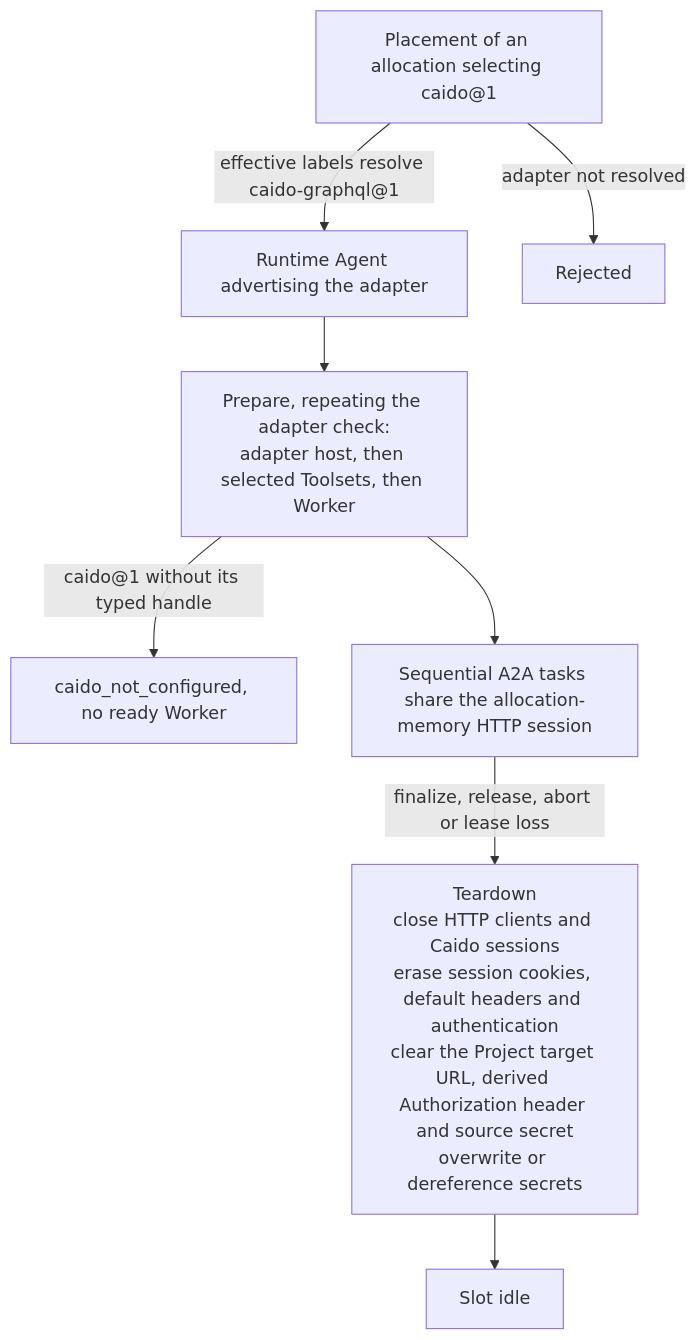
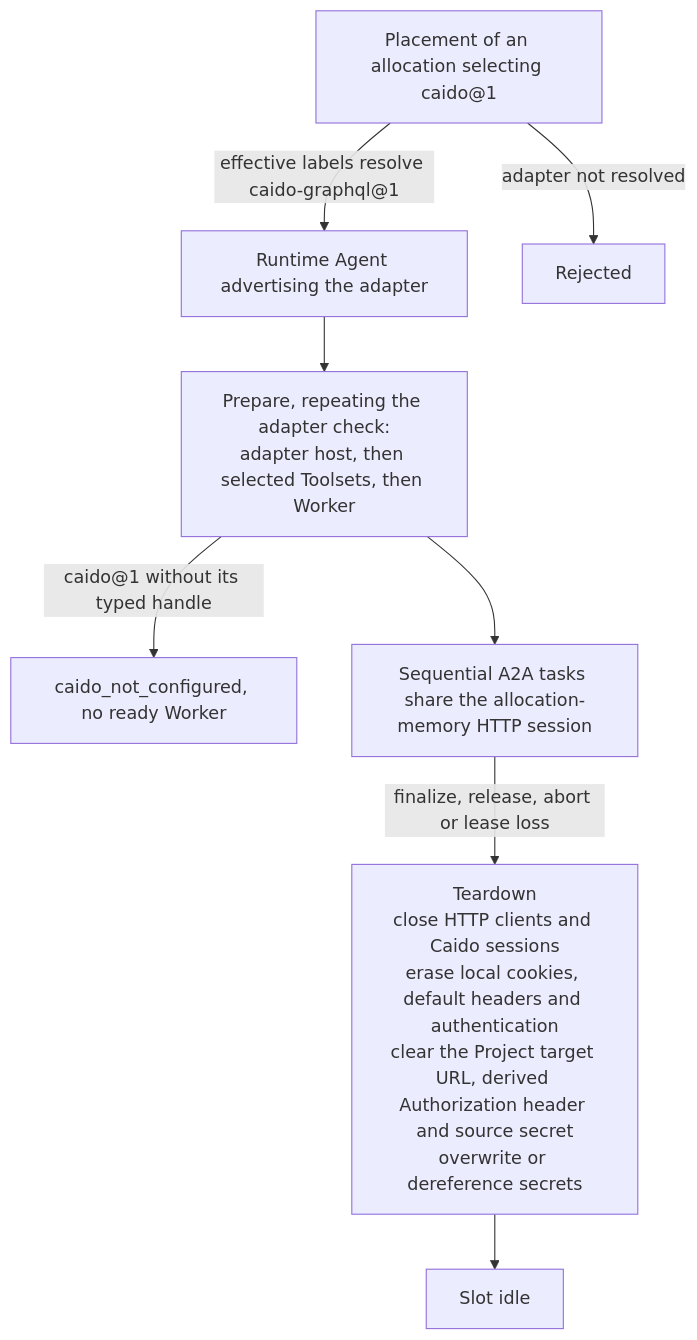
One commit to grauwolf32/contractor changed the fourth of 4 diagrams in docs/spec/tools/http-caido.md. Above: the diagram before and after it, drawn with Mermaid. The commit also changed other lines of this file and 38 other files, not shown here.

First line of the commit message:
feat(http): preserve target cookies across allocation replacement

````diff
--- a/docs/spec/tools/http-caido.md
+++ b/docs/spec/tools/http-caido.md
@@ -198,10 +198,10 @@
 ```mermaid
 flowchart TD
     PL["Placement of an allocation selecting caido@1"] -->|"effective labels resolve caido-graphql@1"| AG["Runtime Agent advertising the adapter"]
     PL -->|"adapter not resolved"| REJ["Rejected"]
     AG --> PR["Prepare, repeating the adapter check:<br/>adapter host, then selected Toolsets, then Worker"]
     PR -->|"caido@1 without its typed handle"| NC["caido_not_configured, no ready Worker"]
     PR --> ACT["Sequential A2A tasks share the allocation-memory HTTP session"]
-    ACT -->|"finalize, release, abort or lease loss"| TD["Teardown<br/>close HTTP clients and Caido sessions<br/>erase session cookies, default headers and authentication<br/>clear the Project target URL, derived Authorization header and source secret<br/>overwrite or dereference secrets"]
+    ACT -->|"finalize, release, abort or lease loss"| TD["Teardown<br/>close HTTP clients and Caido sessions<br/>erase local cookies, default headers and authentication<br/>clear the Project target URL, derived Authorization header and source secret<br/>overwrite or dereference secrets"]
     TD --> IDLE["Slot idle"]
 ```
````
